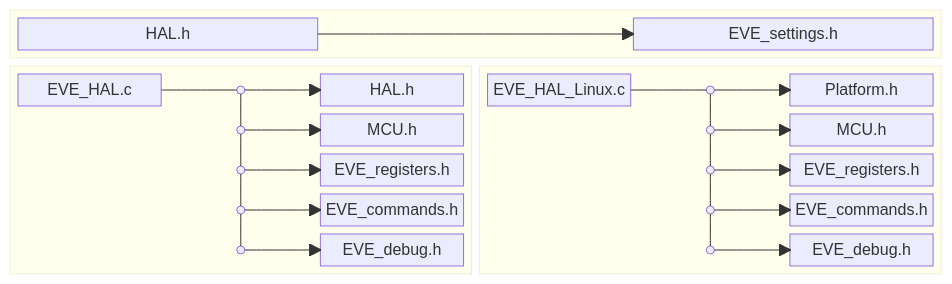
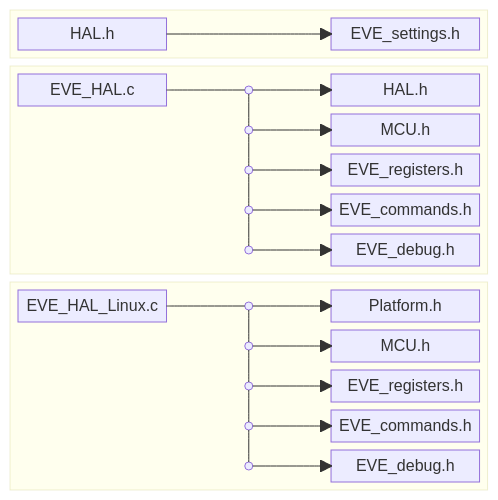
Before and after one commit to Bridgetek/Eve-MCU-Dev: the sixth of 11 diagrams in README.md, drawn with Mermaid. The commit also changed other lines of this file, not shown here.

Commit message:
updates for header dependency diagram readability

````diff
--- a/README.md
+++ b/README.md
@@ -353,45 +356,49 @@
 ```mermaid
 block
-  columns 4
-  block:TOP_LAYER[" "]:4
+columns 4
+
+  block:HEADER[" "]:4
     columns 3
     A1["HAL.h"]     space       B1["EVE_settings.h"]
     A1 --> B1
   end 
-  block:MCU_LAYER[" "]:2
+
+  block:MCU_LAYER[" "]:4
     columns 3
     A2["EVE_HAL.c"] X2((" "))   B2["HAL.h"]             
     space           X3((" "))   B3["MCU.h"]             
     space           X4((" "))   B4["EVE_registers.h"]   
     space           X5((" "))   B5["EVE_commands.h"]    
     space           X6((" "))   B6["EVE_debug.h"]       
     A2 --- X2
     X2 --- X3
     X3 --- X4
     X4 --- X5
     X5 --- X6
     X2 --> B2
     X3 --> B3
     X4 --> B4
     X5 --> B5
     X6 --> B6
   end
-  block:PLATFORM_LAYER[" "]:2
+
+  block:PLATFORM_LAYER[" "]:4
     columns 3
     A3["EVE_HAL_Linux.c"]  X7((" "))   B7["Platform.h"]
     space                  X8((" "))   B8["MCU.h"] 
     space                  X9((" "))   B9["EVE_registers.h"]
     space                  X10((" "))  B10["EVE_commands.h"]
     space                  X11((" "))  B11["EVE_debug.h"]
     A3 --- X7
     X7 --- X8
     X8 --- X9
     X9 --- X10
     X10 --- X11
     X7 --> B7
     X8 --> B8
     X9 --> B9
     X10 --> B10
     X11 --> B11
   end
+  
 ```
````
